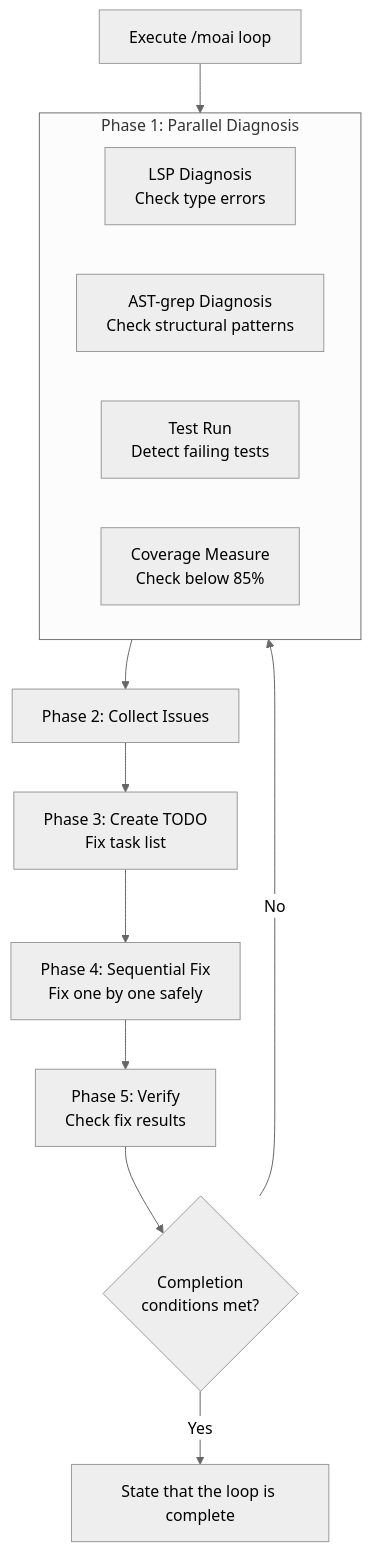
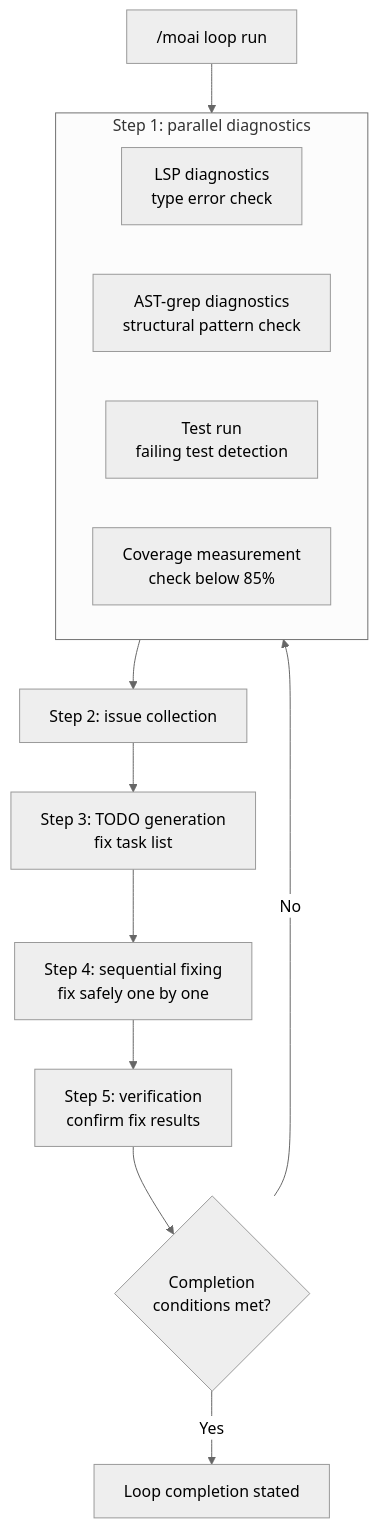
One commit to modu-ai/moai-adk changed the first of 4 diagrams in docs-site/content/en/utility-commands/moai-loop.md. Above: the diagram before and after it, drawn with Mermaid (neutral theme). The commit also changed other lines of this file and 395 other files, not shown here.

````diff
--- a/docs-site/content/en/utility-commands/moai-loop.md
+++ b/docs-site/content/en/utility-commands/moai-loop.md
@@ -63,19 +82,19 @@
 ```mermaid
 flowchart TD
-    Start["Execute /moai loop"] --> Diag
+    Start["/moai loop run"] --> Diag
 
-    subgraph Diag["Phase 1: Parallel Diagnosis"]
-        D1["LSP Diagnosis<br/>Check type errors"]
-        D2["AST-grep Diagnosis<br/>Check structural patterns"]
-        D3["Test Run<br/>Detect failing tests"]
-        D4["Coverage Measure<br/>Check below 85%"]
+    subgraph Diag["Step 1: parallel diagnostics"]
+        D1["LSP diagnostics<br/>type error check"]
+        D2["AST-grep diagnostics<br/>structural pattern check"]
+        D3["Test run<br/>failing test detection"]
+        D4["Coverage measurement<br/>check below 85%"]
     end
 
-    Diag --> Collect["Phase 2: Collect Issues"]
-    Collect --> Todo["Phase 3: Create TODO<br/>Fix task list"]
-    Todo --> Fix["Phase 4: Sequential Fix<br/>Fix one by one safely"]
-    Fix --> Verify["Phase 5: Verify<br/>Check fix results"]
+    Diag --> Collect["Step 2: issue collection"]
+    Collect --> Todo["Step 3: TODO generation<br/>fix task list"]
+    Todo --> Fix["Step 4: sequential fixing<br/>fix safely one by one"]
+    Fix --> Verify["Step 5: verification<br/>confirm fix results"]
     Verify --> Check{Completion<br/>conditions met?}
     Check -->|No| Diag
-    Check -->|Yes| Done["State that the loop is complete"]
+    Check -->|Yes| Done["Loop completion stated"]
 ```
````
